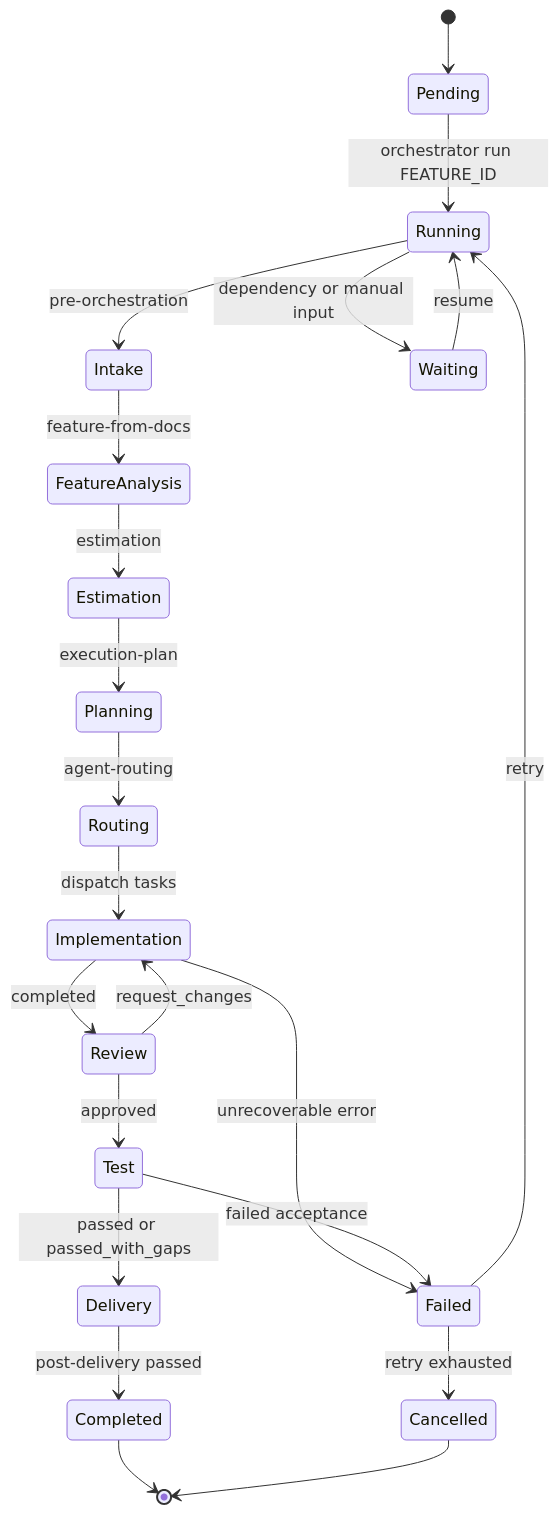
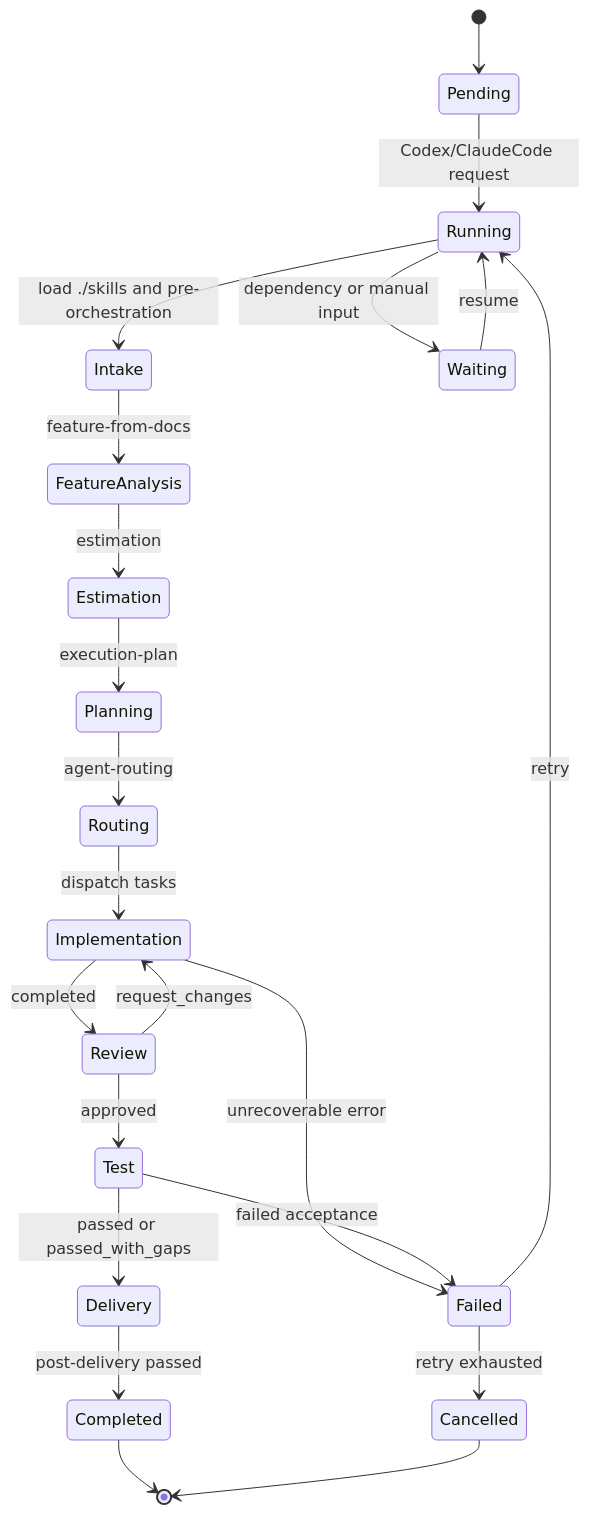
Before and after one commit to HishamHuneidie/agent-orchestrator: the diagram in docs/diagrams/execution-flow.md, drawn with Mermaid. The commit also changed 21 other files, not shown here.

````diff
--- a/docs/diagrams/execution-flow.md
+++ b/docs/diagrams/execution-flow.md
@@ -3,24 +3,24 @@
 ```mermaid
 stateDiagram-v2
     [*] --> Pending
-    Pending --> Running: orchestrator run FEATURE_ID
-    Running --> Intake: pre-orchestration
+    Pending --> Running: Codex/ClaudeCode request
+    Running --> Intake: load ./skills and pre-orchestration
     Intake --> FeatureAnalysis: feature-from-docs
     FeatureAnalysis --> Estimation: estimation
     Estimation --> Planning: execution-plan
     Planning --> Routing: agent-routing
     Routing --> Implementation: dispatch tasks
     Implementation --> Review: completed
     Implementation --> Failed: unrecoverable error
     Review --> Test: approved
     Review --> Implementation: request_changes
     Test --> Delivery: passed or passed_with_gaps
     Test --> Failed: failed acceptance
     Delivery --> Completed: post-delivery passed
     Running --> Waiting: dependency or manual input
     Waiting --> Running: resume
     Failed --> Running: retry
     Failed --> Cancelled: retry exhausted
     Completed --> [*]
     Cancelled --> [*]
 ```
````
